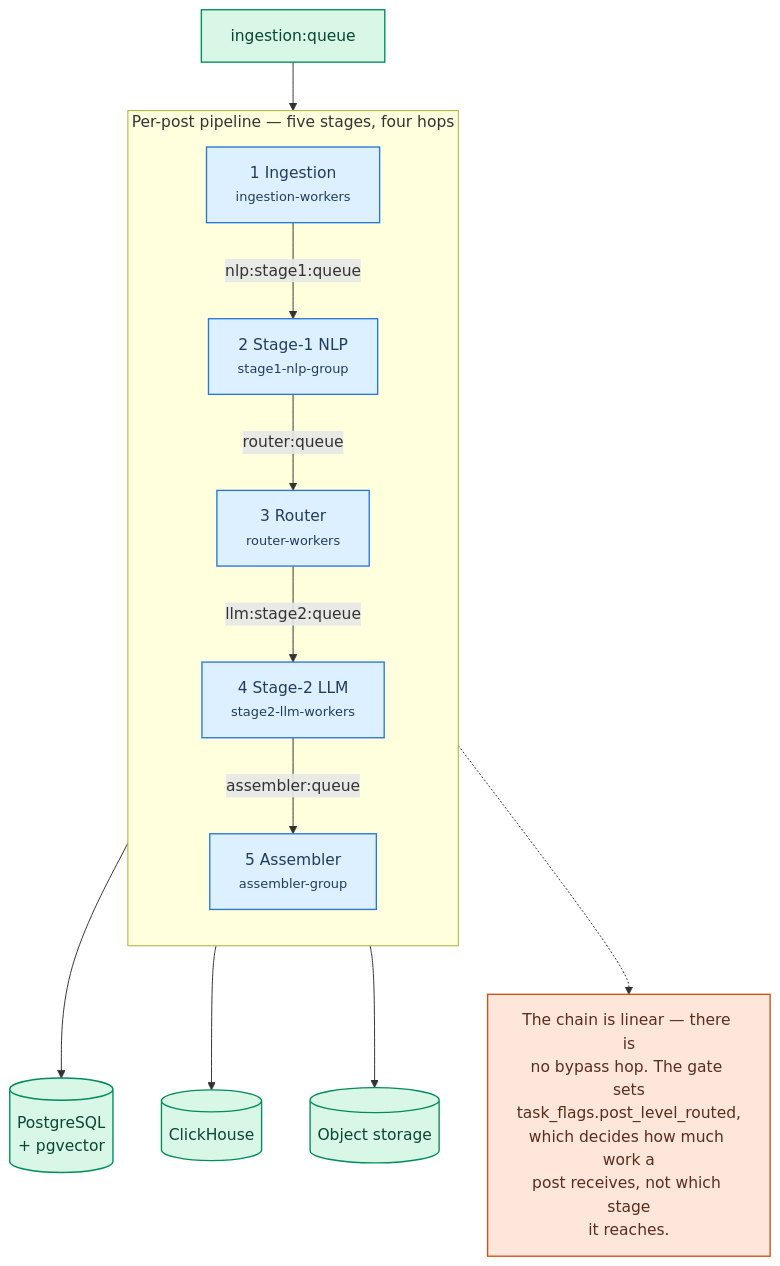
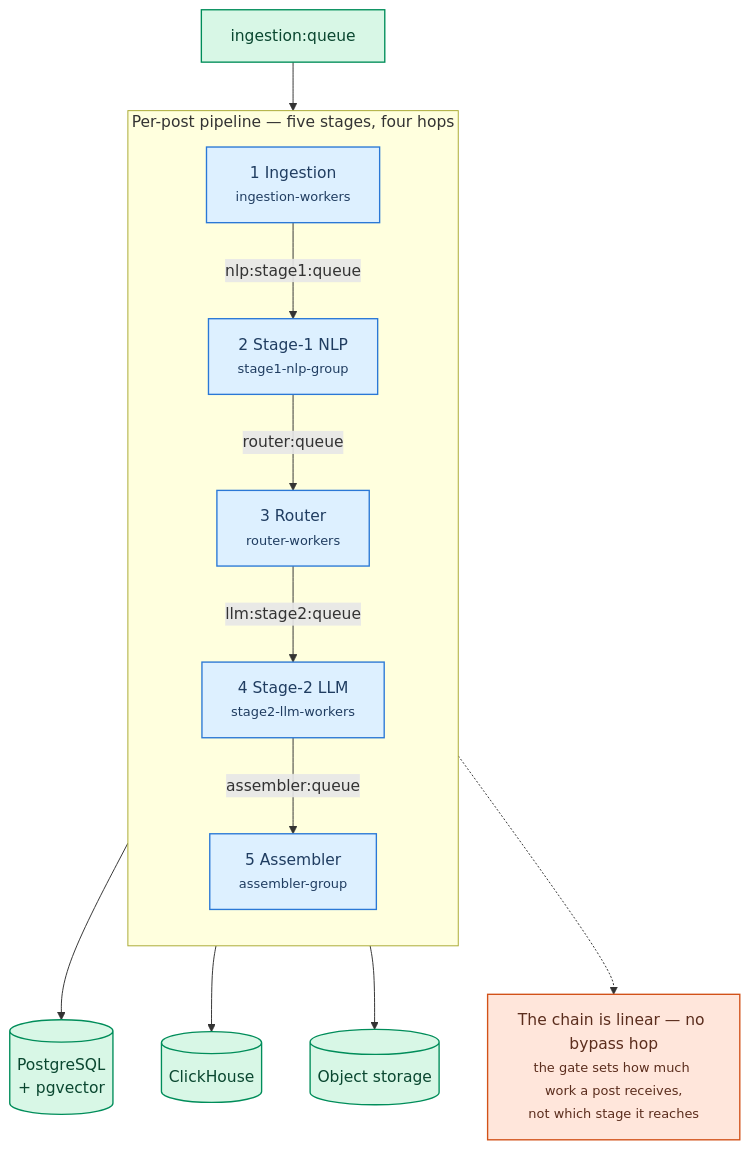
One commit to Bishwajit-2810/Defense changed the diagram in paper/diagrams/fig-pipeline.mmd. Above: the diagram before and after it, drawn with Mermaid. The commit also changed 40 other files, not shown here.

```diff
--- a/paper/diagrams/fig-pipeline.mmd
+++ b/paper/diagrams/fig-pipeline.mmd
@@ -1,31 +1,31 @@
 graph TD
     Up["ingestion:queue"]
 
     subgraph chain["Per-post pipeline — five stages, four hops"]
         direction TB
         I["1 Ingestion<br/><small>ingestion-workers</small>"]
         S1["2 Stage-1 NLP<br/><small>stage1-nlp-group</small>"]
         R["3 Router<br/><small>router-workers</small>"]
         S2["4 Stage-2 LLM<br/><small>stage2-llm-workers</small>"]
         A["5 Assembler<br/><small>assembler-group</small>"]
         I -- "nlp:stage1:queue" --> S1
         S1 -- "router:queue" --> R
         R -- "llm:stage2:queue" --> S2
         S2 -- "assembler:queue" --> A
     end
 
     Up --> I
     A --> PG[("PostgreSQL<br/>+ pgvector")]
     A --> CH[("ClickHouse")]
     A --> OS[("Object storage")]
 
-    Note["The chain is linear — there is<br/>no bypass hop. The gate sets<br/>task_flags.post_level_routed,<br/>which decides how much work a<br/>post receives, not which stage<br/>it reaches."]
+    Note["The chain is linear — no bypass hop<br/><small>the gate sets how much work a post receives,<br/>not which stage it reaches</small>"]
     R -.-> Note
 
     class Up,PG,CH,OS store
     class I,S1,R,S2,A svc
     class Note obs
 
     classDef svc fill:#ddf0ff,stroke:#2a78d6,stroke-width:1.4px,color:#203d61
     classDef store fill:#d8f7e6,stroke:#008d5a,stroke-width:1.4px,color:#0a4730
     classDef obs fill:#ffe6db,stroke:#d25118,stroke-width:1.4px,color:#5b2d1d
```
